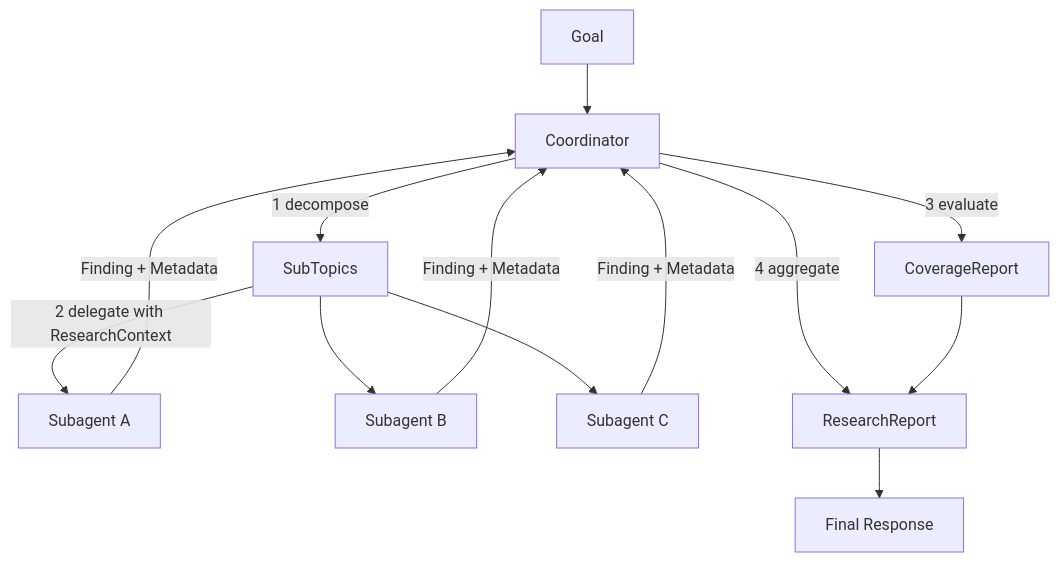
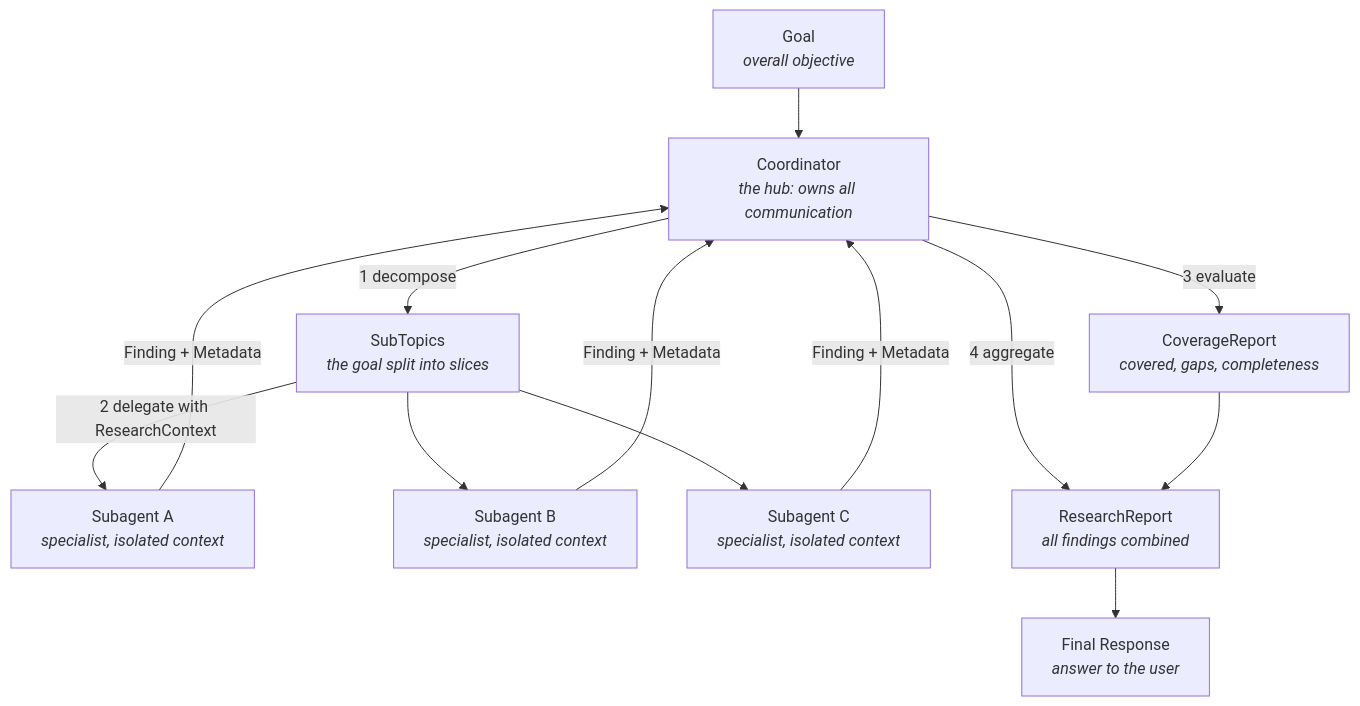
The fifth of 6 diagrams in README.md (YashzAlphaGeek/agent-engineering-lab), drawn with Mermaid before and after one commit. The commit also changed other lines of this file and 45 other files, not shown here.

Commit message:
added interface for model based and rule based approach and mermaid fixes

````diff
--- a/README.md
+++ b/README.md
@@ -239,19 +259,19 @@
 ```mermaid
 flowchart TD
 
-    G[Goal] --> C[Coordinator]
+    G["Goal<br/><i>overall objective</i>"] --> C["Coordinator<br/><i>the hub: owns all communication</i>"]
 
-    C -->|1 decompose| ST[SubTopics]
-    ST -->|2 delegate with ResearchContext| SA1[Subagent A]
-    ST --> SA2[Subagent B]
-    ST --> SA3[Subagent C]
+    C -->|1 decompose| ST["SubTopics<br/><i>the goal split into slices</i>"]
+    ST -->|2 delegate with ResearchContext| SA1["Subagent A<br/><i>specialist, isolated context</i>"]
+    ST --> SA2["Subagent B<br/><i>specialist, isolated context</i>"]
+    ST --> SA3["Subagent C<br/><i>specialist, isolated context</i>"]
 
     SA1 -->|Finding + Metadata| C
     SA2 -->|Finding + Metadata| C
     SA3 -->|Finding + Metadata| C
 
-    C -->|3 evaluate| CR[CoverageReport]
-    C -->|4 aggregate| RP[ResearchReport]
+    C -->|3 evaluate| CR["CoverageReport<br/><i>covered, gaps, completeness</i>"]
+    C -->|4 aggregate| RP["ResearchReport<br/><i>all findings combined</i>"]
     CR --> RP
-    RP --> F[Final Response]
+    RP --> F["Final Response<br/><i>answer to the user</i>"]
 ```
````
